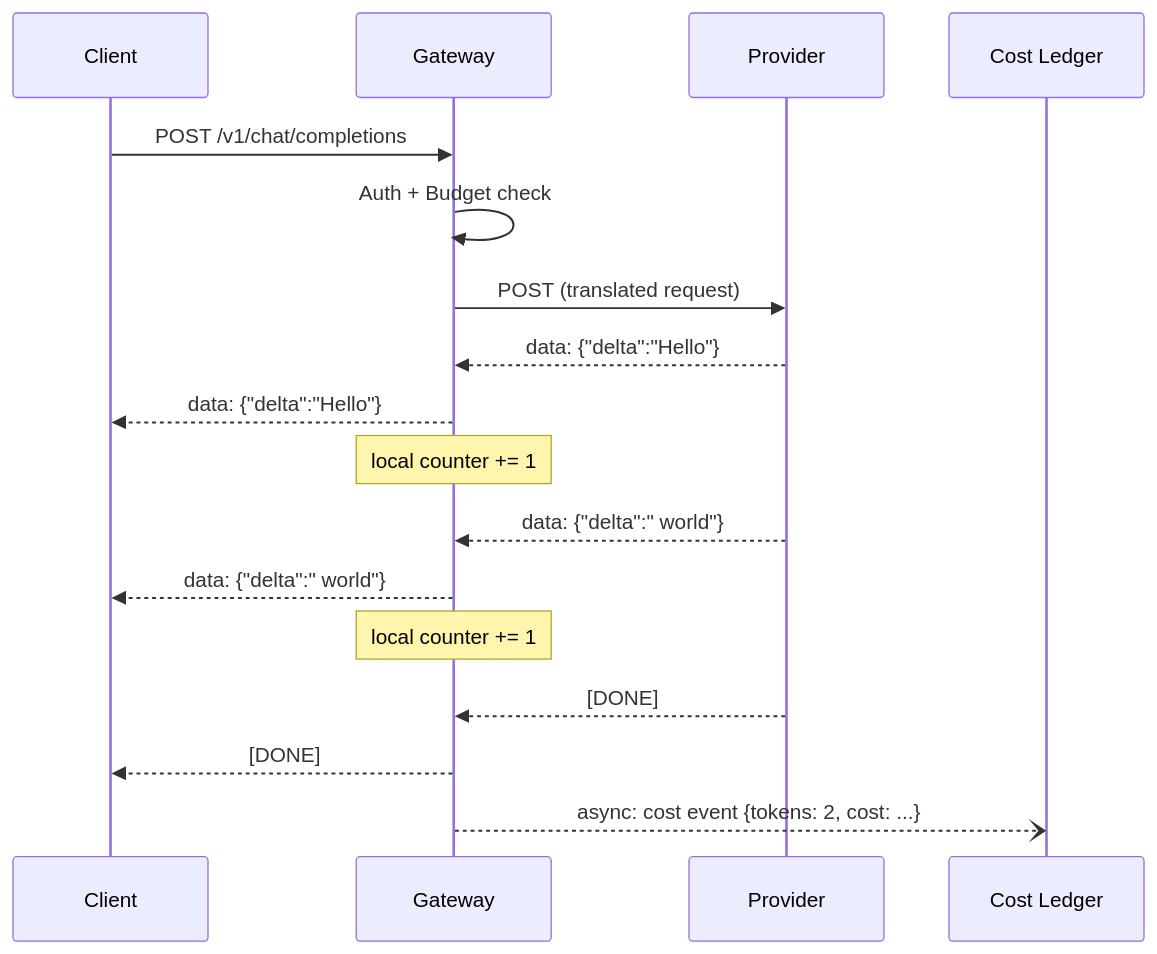
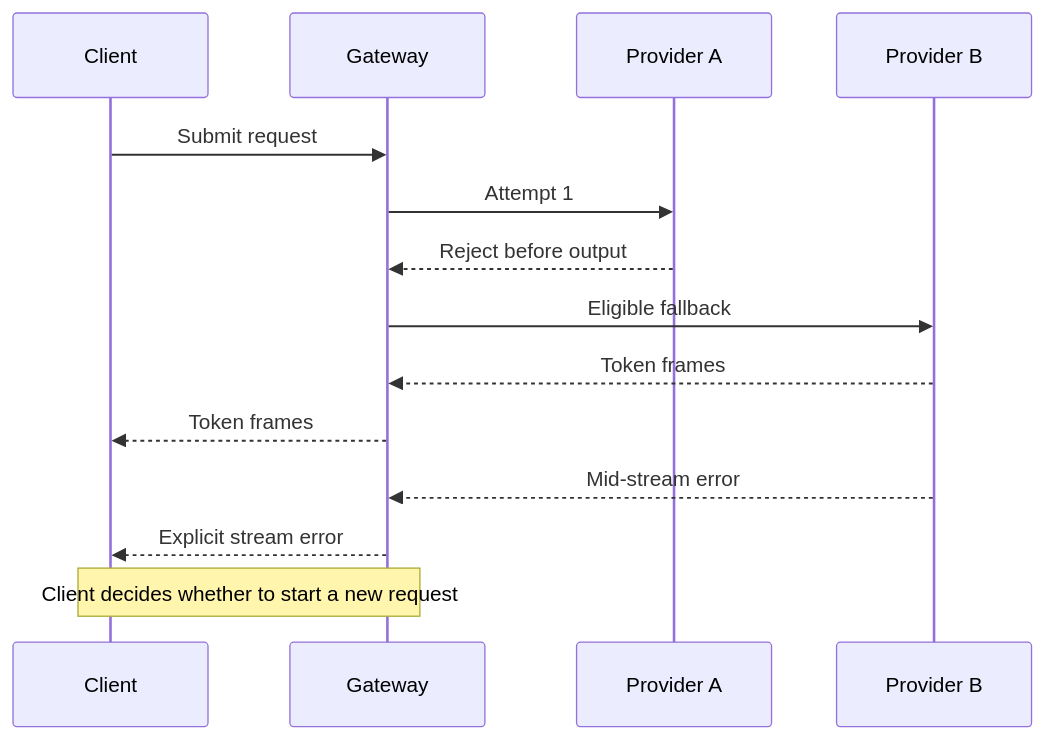
The second of 3 diagrams in _designs/system-design-openrouter.md (iliazlobin/iliazlobin.github.io), drawn with Mermaid before and after one commit. The commit also changed other lines of this file and 95 other files, not shown here.

````diff
--- a/_designs/system-design-openrouter.md
+++ b/_designs/system-design-openrouter.md
@@ -234,19 +235,16 @@
 ```mermaid
 sequenceDiagram
-    participant C as Client
-    participant G as Gateway
-    participant P as Provider
-    participant L as Cost Ledger
-    C->>G: POST /v1/chat/completions
-    G->>G: Auth + Budget check
-    G->>P: POST (translated request)
-    P-->>G: data: {"delta":"Hello"}
-    G-->>C: data: {"delta":"Hello"}
-    Note over G: local counter += 1
-    P-->>G: data: {"delta":" world"}
-    G-->>C: data: {"delta":" world"}
-    Note over G: local counter += 1
-    P-->>G: [DONE]
-    G-->>C: [DONE]
-    G--)L: async: cost event {tokens: 2, cost: ...}
+  participant C as Client
+  participant G as Gateway
+  participant A as Provider A
+  participant B as Provider B
+  C->>G: Submit request
+  G->>A: Attempt 1
+  A-->>G: Reject before output
+  G->>B: Eligible fallback
+  B-->>G: Token frames
+  G-->>C: Token frames
+  B-->>G: Mid-stream error
+  G-->>C: Explicit stream error
+  Note over G,C: Client decides whether to start a new request
 ```
````
